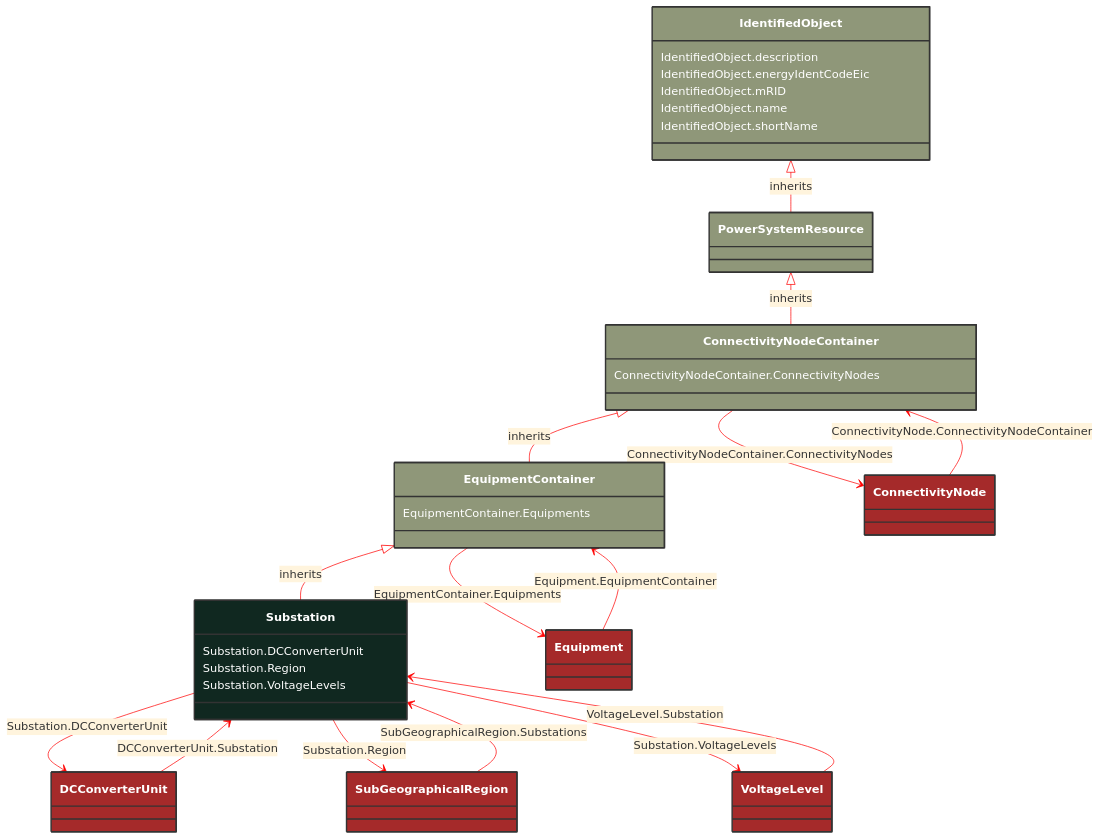
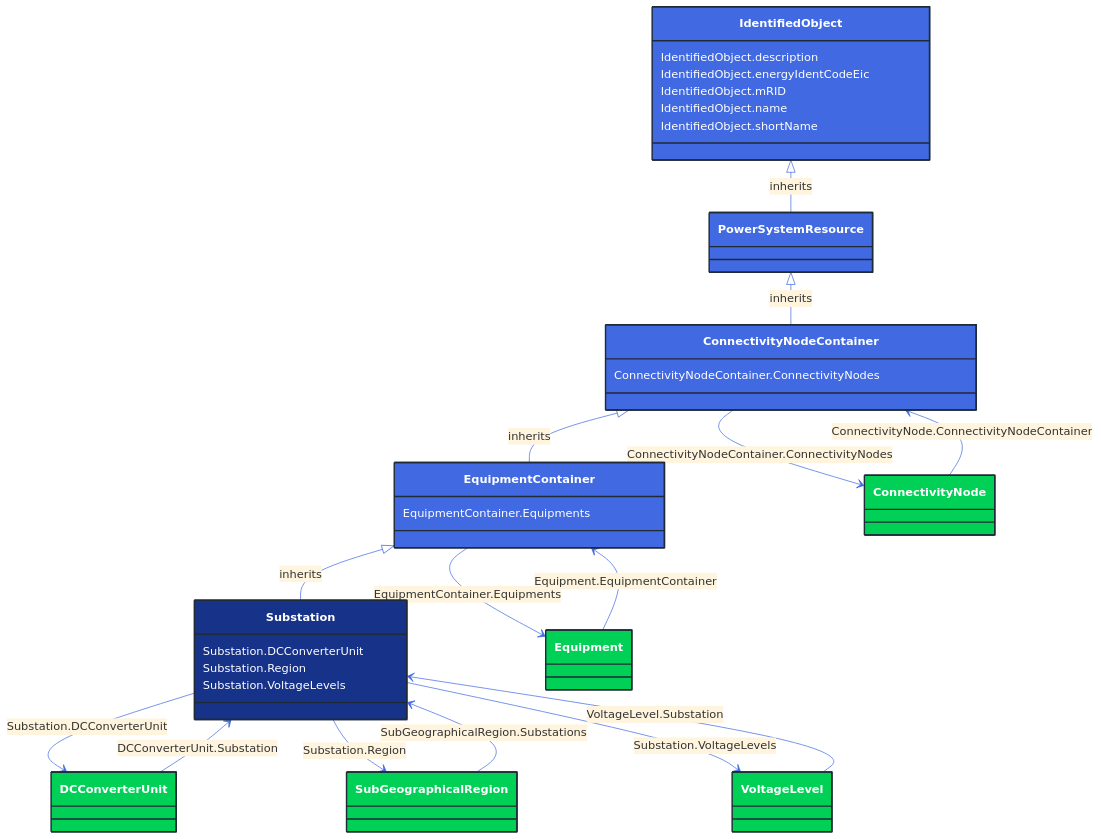
Before and after one commit to 3lbits/NoCIMExtensions: the diagram in docs/Models/Profiles/CoreEquipment/ConcreteClasses/Substation.md, drawn with Mermaid. The commit also changed 362 other files, not shown here.

First line of the commit message:
Update diagrams and styles for improved visual consistency

````diff
--- a/docs/Models/Profiles/CoreEquipment/ConcreteClasses/Substation.md
+++ b/docs/Models/Profiles/CoreEquipment/ConcreteClasses/Substation.md
@@ -8,81 +8,81 @@
 ```mermaid
-%%{init: {'theme':'base','themeVariables': {'lineColor': '#FF0000'}}}%%
+%%{init: {'theme':'base','themeVariables': {'lineColor': '#4169E1'}}}%%
 classDiagram
     class Substation
     click Substation href "/Models/Profiles/CoreEquipment/ConcreteClasses/Substation/"
-    style Substation fill:#102820,stroke:#333,stroke-width:2px,rx:10,ry:10,color:white
+    style Substation fill:#163289,stroke:#1F2A37,stroke-width:2px,rx:10,ry:10,color:white
      
         EquipmentContainer <|-- Substation : inherits
             click EquipmentContainer href "/Models/Profiles/CoreEquipment/AbstractClasses/EquipmentContainer/"
-            style EquipmentContainer fill:#8F9779,stroke:#333,stroke-width:2px,rx:10,ry:10,color:white
+            style EquipmentContainer fill:#4169E1,stroke:#1F2A37,stroke-width:2px,rx:10,ry:10,color:white
      
         ConnectivityNodeContainer <|-- EquipmentContainer : inherits
             click ConnectivityNodeContainer href "/Models/Profiles/CoreEquipment/AbstractClasses/ConnectivityNodeContainer/"
-            style ConnectivityNodeContainer fill:#8F9779,stroke:#333,stroke-width:2px,rx:10,ry:10,color:white
+            style ConnectivityNodeContainer fill:#4169E1,stroke:#1F2A37,stroke-width:2px,rx:10,ry:10,color:white
      
         PowerSystemResource <|-- ConnectivityNodeContainer : inherits
             click PowerSystemResource href "/Models/Profiles/CoreEquipment/AbstractClasses/PowerSystemResource/"
-            style PowerSystemResource fill:#8F9779,stroke:#333,stroke-width:2px,rx:10,ry:10,color:white
+            style PowerSystemResource fill:#4169E1,stroke:#1F2A37,stroke-width:2px,rx:10,ry:10,color:white
      
         IdentifiedObject <|-- PowerSystemResource : inherits
             click IdentifiedObject href "/Models/Profiles/CoreEquipment/AbstractClasses/IdentifiedObject/"
-            style IdentifiedObject fill:#8F9779,stroke:#333,stroke-width:2px,rx:10,ry:10,color:white
+            style IdentifiedObject fill:#4169E1,stroke:#1F2A37,stroke-width:2px,rx:10,ry:10,color:white
 
         Substation --> DCConverterUnit : Substation.DCConverterUnit
 
         DCConverterUnit
             click DCConverterUnit href "/Models/Profiles/CoreEquipment/ConcreteClasses/DCConverterUnit/"
-            style DCConverterUnit fill:#A52A2A,stroke:#333,stroke-width:2px,rx:10,ry:10,color:white
+            style DCConverterUnit fill:#00D156,stroke:#1F2A37,stroke-width:2px,rx:10,ry:10,color:white
         Substation --> SubGeographicalRegion : Substation.Region
 
         SubGeographicalRegion
             click SubGeographicalRegion href "/Models/Profiles/CoreEquipment/ConcreteClasses/SubGeographicalRegion/"
-            style SubGeographicalRegion fill:#A52A2A,stroke:#333,stroke-width:2px,rx:10,ry:10,color:white
+            style SubGeographicalRegion fill:#00D156,stroke:#1F2A37,stroke-width:2px,rx:10,ry:10,color:white
         Substation --> VoltageLevel : Substation.VoltageLevels
 
         VoltageLevel
             click VoltageLevel href "/Models/Profiles/CoreEquipment/ConcreteClasses/VoltageLevel/"
-            style VoltageLevel fill:#A52A2A,stroke:#333,stroke-width:2px,rx:10,ry:10,color:white
+            style VoltageLevel fill:#00D156,stroke:#1F2A37,stroke-width:2px,rx:10,ry:10,color:white
         EquipmentContainer --> Equipment : EquipmentContainer.Equipments
 
         Equipment
             click Equipment href "/Models/Profiles/CoreEquipment/AbstractClasses/Equipment/"
-            style Equipment fill:#A52A2A,stroke:#333,stroke-width:2px,rx:10,ry:10,color:white
+            style Equipment fill:#00D156,stroke:#1F2A37,stroke-width:2px,rx:10,ry:10,color:white
         ConnectivityNodeContainer --> ConnectivityNode : ConnectivityNodeContainer.ConnectivityNodes
 
         ConnectivityNode
             click ConnectivityNode href "/Models/Profiles/CoreEquipment/AbstractClasses/ConnectivityNode/"
-            style ConnectivityNode fill:#A52A2A,stroke:#333,stroke-width:2px,rx:10,ry:10,color:white
+            style ConnectivityNode fill:#00D156,stroke:#1F2A37,stroke-width:2px,rx:10,ry:10,color:white
 
         ConnectivityNode --> ConnectivityNodeContainer : ConnectivityNode.ConnectivityNodeContainer
 
         ConnectivityNode
             click ConnectivityNode href "/Models/Profiles/CoreEquipment/AbstractClasses/ConnectivityNode/"
-            style ConnectivityNode fill:#A52A2A,stroke:#333,stroke-width:2px,rx:10,ry:10,color:white
+            style ConnectivityNode fill:#00D156,stroke:#1F2A37,stroke-width:2px,rx:10,ry:10,color:white
 
         DCConverterUnit --> Substation : DCConverterUnit.Substation
 
         DCConverterUnit
             click DCConverterUnit href "/Models/Profiles/CoreEquipment/ConcreteClasses/DCConverterUnit/"
-            style DCConverterUnit fill:#A52A2A,stroke:#333,stroke-width:2px,rx:10,ry:10,color:white
+            style DCConverterUnit fill:#00D156,stroke:#1F2A37,stroke-width:2px,rx:10,ry:10,color:white
 
         Equipment --> EquipmentContainer : Equipment.EquipmentContainer
 
         Equipment
             click Equipment href "/Models/Profiles/CoreEquipment/AbstractClasses/Equipment/"
-            style Equipment fill:#A52A2A,stroke:#333,stroke-width:2px,rx:10,ry:10,color:white
+            style Equipment fill:#00D156,stroke:#1F2A37,stroke-width:2px,rx:10,ry:10,color:white
 
         SubGeographicalRegion --> Substation : SubGeographicalRegion.Substations
 
         SubGeographicalRegion
             click SubGeographicalRegion href "/Models/Profiles/CoreEquipment/ConcreteClasses/SubGeographicalRegion/"
-            style SubGeographicalRegion fill:#A52A2A,stroke:#333,stroke-width:2px,rx:10,ry:10,color:white
+            style SubGeographicalRegion fill:#00D156,stroke:#1F2A37,stroke-width:2px,rx:10,ry:10,color:white
 
         VoltageLevel --> Substation : VoltageLevel.Substation
 
         VoltageLevel
             click VoltageLevel href "/Models/Profiles/CoreEquipment/ConcreteClasses/VoltageLevel/"
-            style VoltageLevel fill:#A52A2A,stroke:#333,stroke-width:2px,rx:10,ry:10,color:white
+            style VoltageLevel fill:#00D156,stroke:#1F2A37,stroke-width:2px,rx:10,ry:10,color:white
 
 
         Substation : Substation.DCConverterUnit
````
